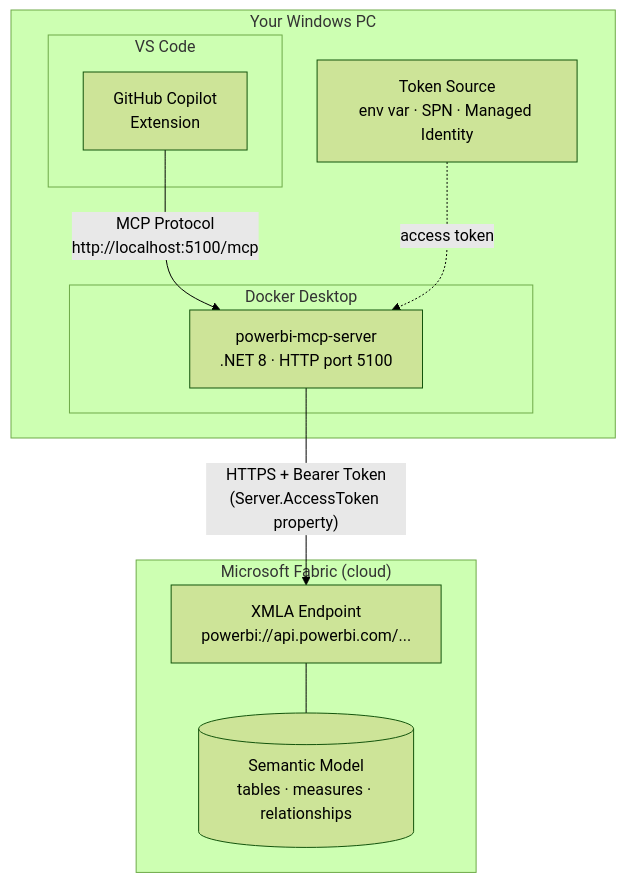
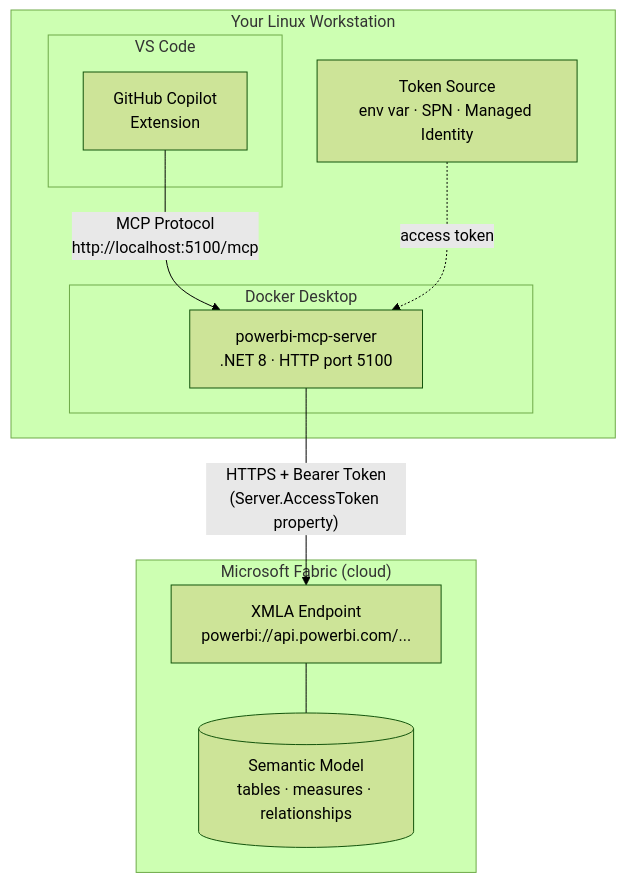
One commit to lenvolk/powerbi-modeling-mcp changed the diagram in FeatureReq.md. Above: the diagram before and after it, drawn with Mermaid (forest theme). The commit also changed other lines of this file, not shown here.

Commit message:
feat: Update Docker deployment guide for Power BI Modeling MCP Server, correcting references to Linux workstation and adjusting command syntax for consistency

````diff
--- a/FeatureReq.md
+++ b/FeatureReq.md
@@ -24,22 +24,22 @@
 ```mermaid
 flowchart TB
-    subgraph local["Your Windows PC"]
+    subgraph local["Your Linux Workstation"]
         subgraph vscode["VS Code"]
             copilot["GitHub Copilot\nExtension"]
         end
         subgraph docker["Docker Desktop"]
             mcp["powerbi-mcp-server\n.NET 8 · HTTP port 5100"]
         end
         token["Token Source\nenv var · SPN · Managed Identity"]
     end
 
     subgraph cloud["Microsoft Fabric (cloud)"]
         xmla["XMLA Endpoint\npowerbi://api.powerbi.com/..."]
         model[("Semantic Model\ntables · measures · relationships")]
     end
 
     copilot -- "MCP Protocol\nhttp://localhost:5100/mcp" --> mcp
     token -. "access token" .-> mcp
     mcp -- "HTTPS + Bearer Token\n(Server.AccessToken property)" --> xmla
     xmla --- model
 ```
````
